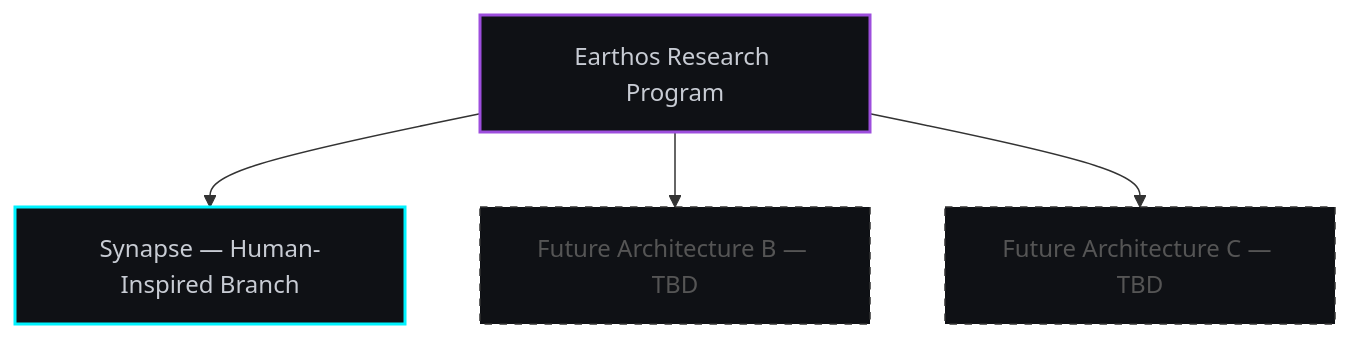
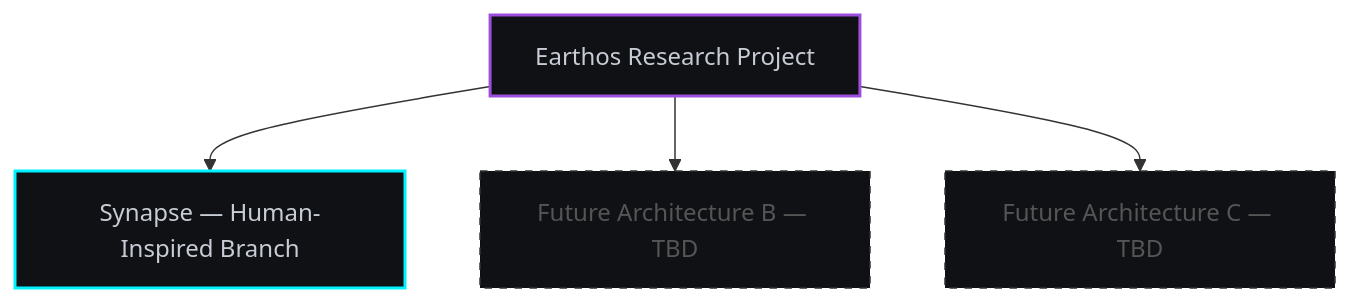
The diagram in docs/research_philosophy.md (rk-roshan-kr/Earthos-public), drawn with Mermaid before and after one commit. The commit also changed other lines of this file and 5 other files, not shown here.

Commit message:
docs: finalize program to project transition, and force side-by-side paradigm contrast diagram alignment

````diff
--- a/docs/research_philosophy.md
+++ b/docs/research_philosophy.md
@@ -21,10 +21,10 @@
 ```mermaid
 graph TD
     classDef program fill:#0f1115,stroke:#9d4edd,stroke-width:2px,color:#c8ccd4;
     classDef active fill:#0f1115,stroke:#00f2fe,stroke-width:2px,color:#c8ccd4;
     classDef future fill:#0f1115,stroke:#333,stroke-width:1px,color:#555,stroke-dasharray: 5 5;
 
-    E[Earthos Research Program]:::program --> S[Synapse — Human-Inspired Branch]:::active
+    E[Earthos Research Project]:::program --> S[Synapse — Human-Inspired Branch]:::active
     E --> F1[Future Architecture B — TBD]:::future
     E --> F2[Future Architecture C — TBD]:::future
 ```
````
